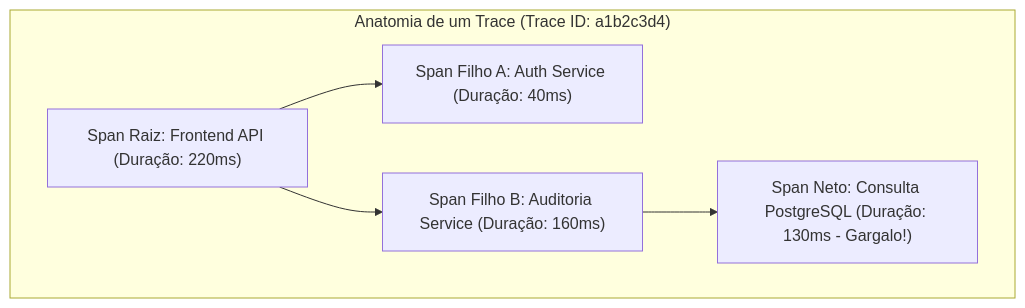
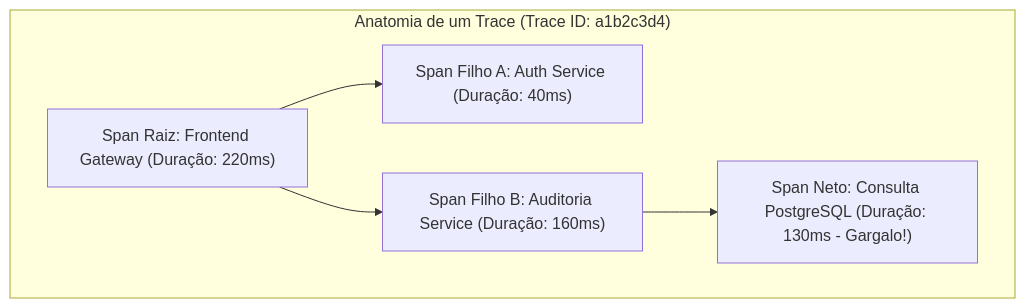
One commit to thiagosantos346/TCE-GO-2027 changed the third of 5 diagrams in fontes_de_estudo/conhecimentos_especificos_b02_ti/07_devops_e_plataforma_de_entrega/06_observabilidade_monitoramento_e_telemetria.md. Above: the diagram before and after it, drawn with Mermaid. The commit also changed other lines of this file and 119 other files, not shown here.

````diff
--- a/fontes_de_estudo/conhecimentos_especificos_b02_ti/07_devops_e_plataforma_de_entrega/06_observabilidade_monitoramento_e_telemetria.md
+++ b/fontes_de_estudo/conhecimentos_especificos_b02_ti/07_devops_e_plataforma_de_entrega/06_observabilidade_monitoramento_e_telemetria.md
@@ -155,13 +165,13 @@
 ```mermaid
 flowchart TD
     subgraph DistributedTrace["Anatomia de um Trace (Trace ID: a1b2c3d4)"]
-        SPAN1["Span Raiz: Frontend API (Duração: 220ms)"]
+        SPAN1["Span Raiz: Frontend Gateway (Duração: 220ms)"]
         SPAN2["Span Filho A: Auth Service (Duração: 40ms)"]
         SPAN3["Span Filho B: Auditoria Service (Duração: 160ms)"]
         SPAN4["Span Neto: Consulta PostgreSQL (Duração: 130ms - Gargalo!)"]
         
         SPAN1 --> SPAN2
         SPAN1 --> SPAN3
         SPAN3 --> SPAN4
     end
 ```
````
